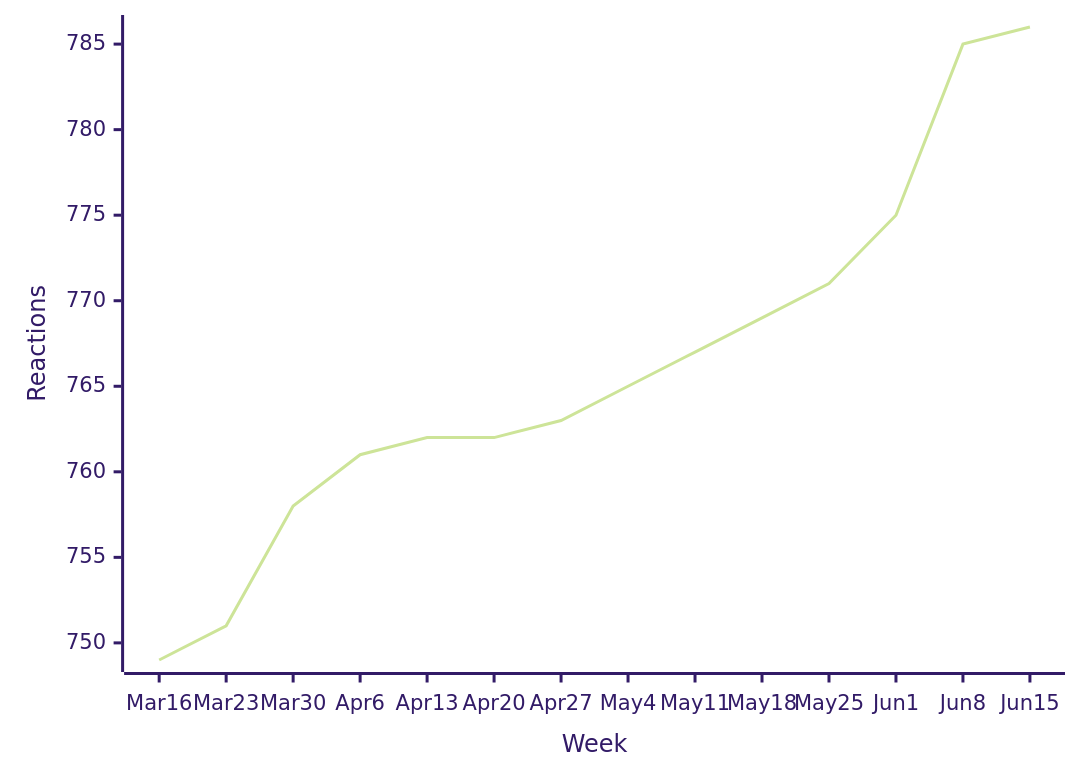
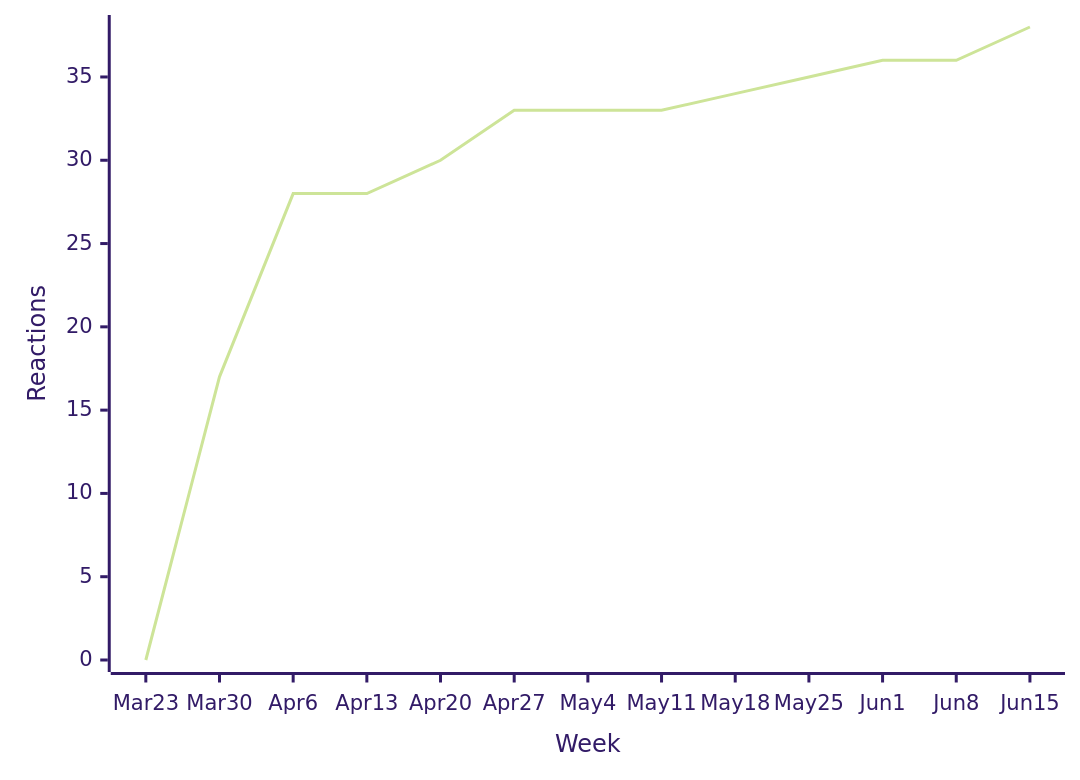
One commit to loic-sharma/github-insights changed the first of 49 diagrams in README.md. Above: the diagram before and after it, drawn with Mermaid (forest theme). The commit also changed other lines of this file and 3 other files, not shown here.

````diff
--- a/README.md
+++ b/README.md
@@ -339,6 +339,6 @@
   ```mermaid
   xychart-beta
-    x-axis "Week" [Mar 16, Mar 23, Mar 30, Apr 6, Apr 13, Apr 20, Apr 27, May 4, May 11, May 18, May 25, Jun 1, Jun 8, Jun 15]
+    x-axis "Week" [Mar 23, Mar 30, Apr 6, Apr 13, Apr 20, Apr 27, May 4, May 11, May 18, May 25, Jun 1, Jun 8, Jun 15]
     y-axis "Reactions"
-    line [749, 751, 758, 761, 762, 762, 763, 765, 767, 769, 771, 775, 785, 786]
+    line [0, 17, 28, 28, 30, 33, 33, 33, 34, 35, 36, 36, 38]
   ```
````
